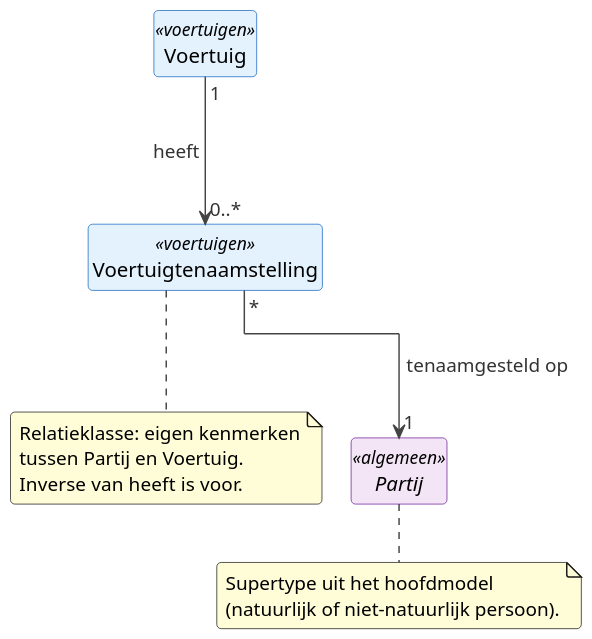
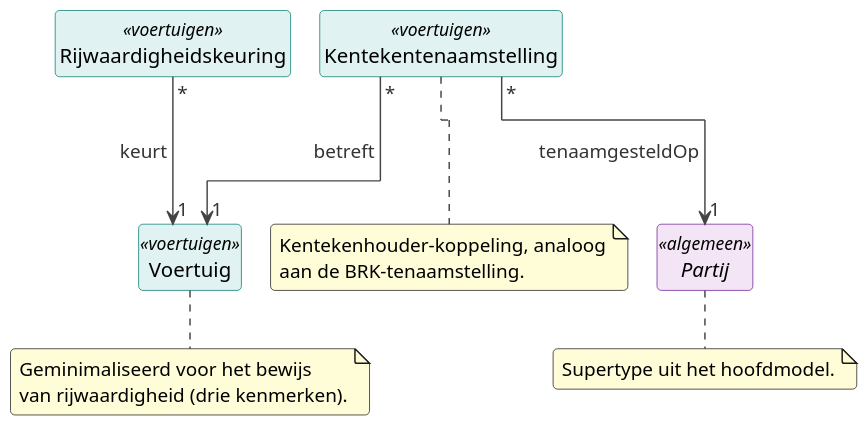
One commit to ICTU/gbo-semantiek changed the diagram in docs/informatiemodel/gbo-kern/deelmodellen/voertuigen.md. Above: the diagram before and after it, drawn with PlantUML. The commit also changed other lines of this file and 21 other files, not shown here.

````diff
--- a/docs/informatiemodel/gbo-kern/deelmodellen/voertuigen.md
+++ b/docs/informatiemodel/gbo-kern/deelmodellen/voertuigen.md
@@ -23,49 +30,54 @@
 ```plantuml
 @startuml
 !pragma layout elk
 
 skinparam dpi 140
 skinparam classAttributeIconSize 0
 skinparam shadowing false
 skinparam roundCorner 6
 skinparam ClassBackgroundColor #FAFAFA
 skinparam ClassBorderColor #555555
 skinparam ArrowColor #444444
 skinparam ArrowFontColor #333333
 skinparam NoteBackgroundColor #FFFCD8
 hide empty members
 hide circle
 
 skinparam class<<algemeen>> {
   BackgroundColor #f3e5f5
   BorderColor #6a1b9a
   HeaderBackgroundColor #f3e5f5
 }
 skinparam class<<voertuigen>> {
-  BackgroundColor #e3f2fd
-  BorderColor #1565c0
-  HeaderBackgroundColor #e3f2fd
+  BackgroundColor #e0f2f1
+  BorderColor #00796b
+  HeaderBackgroundColor #e0f2f1
 }
 abstract class Partij <<algemeen>>
 
 together {
   class Voertuig <<voertuigen>>
-  class Voertuigtenaamstelling <<voertuigen>>
+  class Rijwaardigheidskeuring <<voertuigen>>
+  class Kentekentenaamstelling <<voertuigen>>
 }
 
-Voertuig "1" --> "0..*" Voertuigtenaamstelling : heeft
-Voertuigtenaamstelling "*" --> "1" Partij : tenaamgesteld op
+Rijwaardigheidskeuring "*" --> "1" Voertuig : keurt
+Kentekentenaamstelling "*" --> "1" Voertuig : betreft
+Kentekentenaamstelling "*" --> "1" Partij : tenaamgesteldOp
 
 note right of Partij
-  Supertype uit het hoofdmodel
-  (natuurlijk of niet-natuurlijk persoon).
+  Supertype uit het hoofdmodel.
 end note
 
-note bottom of Voertuigtenaamstelling
-  Relatieklasse: eigen kenmerken
-  tussen Partij en Voertuig.
-  Inverse van heeft is voor.
+note bottom of Voertuig
+  Geminimaliseerd voor het bewijs
+  van rijwaardigheid (drie kenmerken).
+end note
+
+note bottom of Kentekentenaamstelling
+  Kentekenhouder-koppeling, analoog
+  aan de BRK-tenaamstelling.
 end note
 
 @enduml
 ```
````
